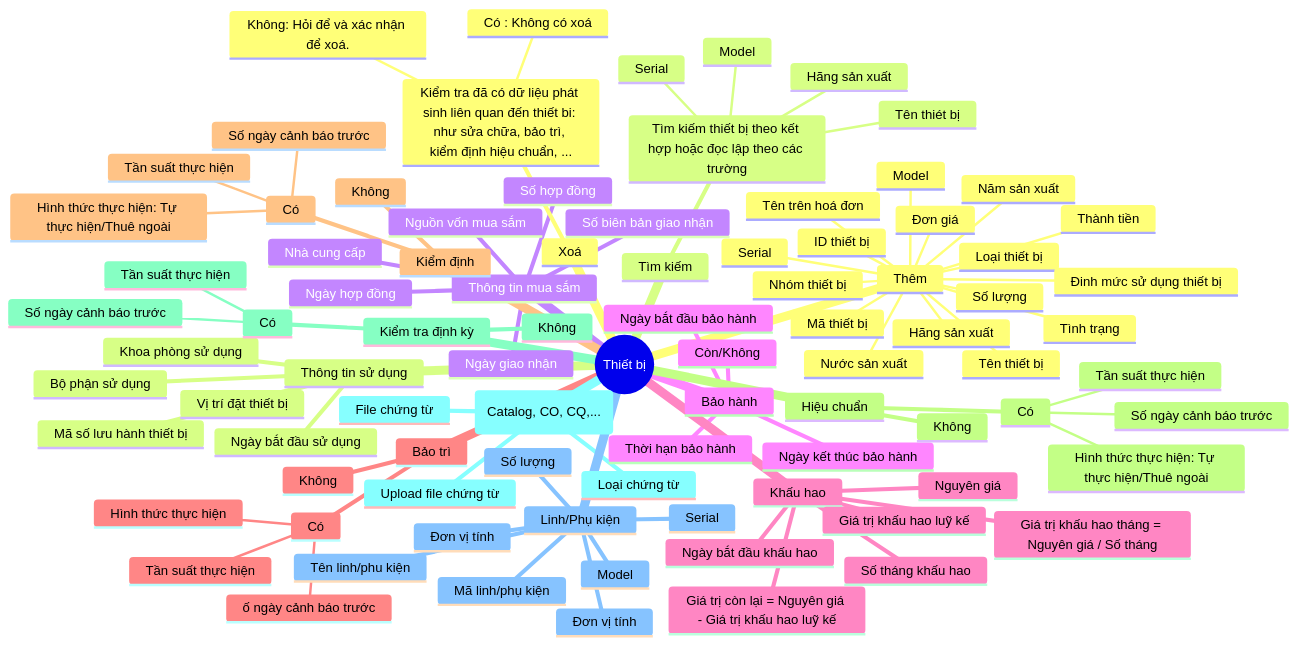
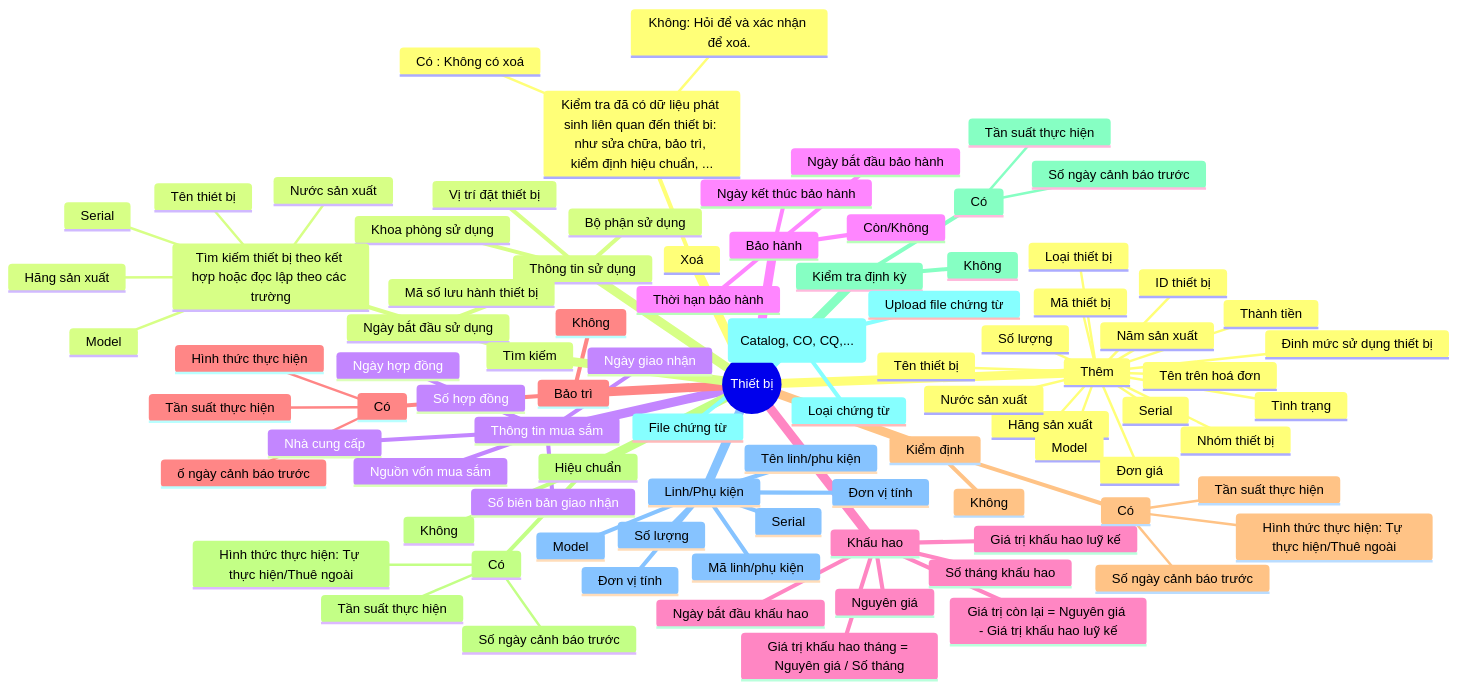
One commit to nthanhdo/mems-brainstorm changed the diagram in mindmap-thietbi.md. Above: the diagram before and after it, drawn with Mermaid.

````diff
--- a/mindmap-thietbi.md
+++ b/mindmap-thietbi.md
@@ -88,6 +88,5 @@
         Model
         Serial
         Hãng sản xuất
-
-      
+        Nước sản xuất
 ```
````
